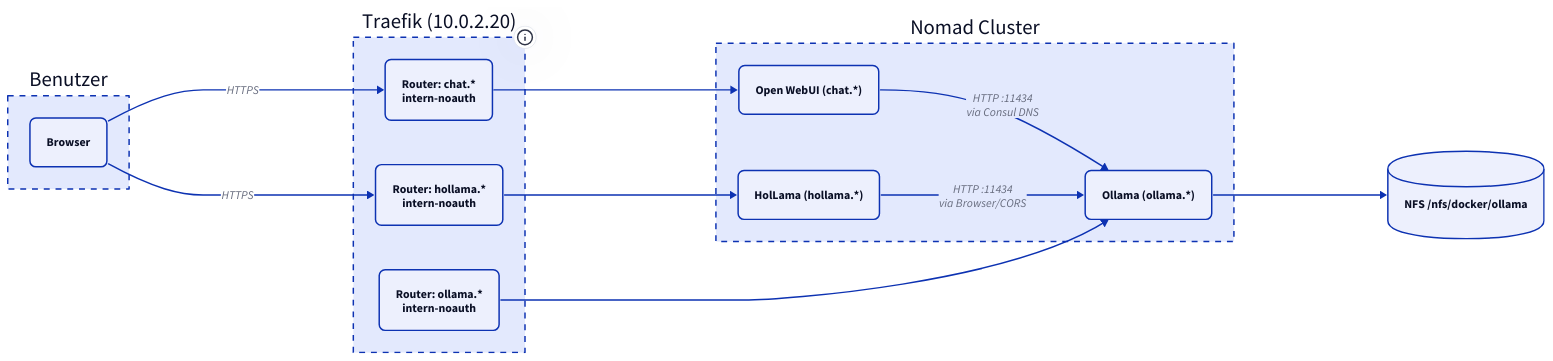
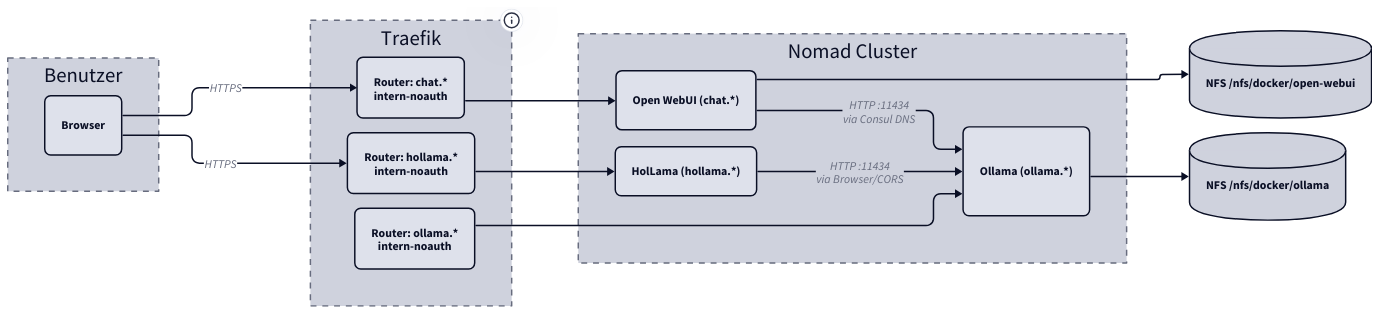
One commit to derever-labs/homelab-wiki changed the diagram in docs/llm-stack/index.md. Above: the diagram before and after it, drawn with D2. The commit also changed other lines of this file and 109 other files, not shown here.

````diff
--- a/docs/llm-stack/index.md
+++ b/docs/llm-stack/index.md
@@ -46,34 +46,42 @@
 ```d2
+vars: {
+  d2-config: {
+    theme-id: 1
+    layout-engine: elk
+  }
+}
 direction: right
 
 User: Benutzer {
   style.stroke-dash: 4
   Browser: Browser { style.border-radius: 8 }
 }
 
-Traefik: "Traefik (10.0.2.20)" {
+Traefik: "Traefik" {
   style.stroke-dash: 4
-  tooltip: "10.0.2.20"
+  tooltip: "IP siehe _referenz/hosts-und-ips.md"
   RC: "Router: chat.*\nintern-noauth" { style.border-radius: 8 }
   RH: "Router: hollama.*\nintern-noauth" { style.border-radius: 8 }
   RO: "Router: ollama.*\nintern-noauth" { style.border-radius: 8 }
 }
 
 Nomad: "Nomad Cluster" {
   style.stroke-dash: 4
   OW: "Open WebUI (chat.*)" { style.border-radius: 8 }
   HL: "HolLama (hollama.*)" { style.border-radius: 8 }
   OL: "Ollama (ollama.*)" { style.border-radius: 8 }
 }
 
 NFS: "NFS /nfs/docker/ollama" { shape: cylinder }
+NFS_OW: "NFS /nfs/docker/open-webui" { shape: cylinder }
 
 User.Browser -> Traefik.RC: HTTPS
 User.Browser -> Traefik.RH: HTTPS
 Traefik.RC -> Nomad.OW
 Traefik.RH -> Nomad.HL
 Nomad.OW -> Nomad.OL: "HTTP :11434\nvia Consul DNS"
 Nomad.HL -> Nomad.OL: "HTTP :11434\nvia Browser/CORS"
 Traefik.RO -> Nomad.OL
 Nomad.OL -> NFS
+Nomad.OW -> NFS_OW
 ```
````
